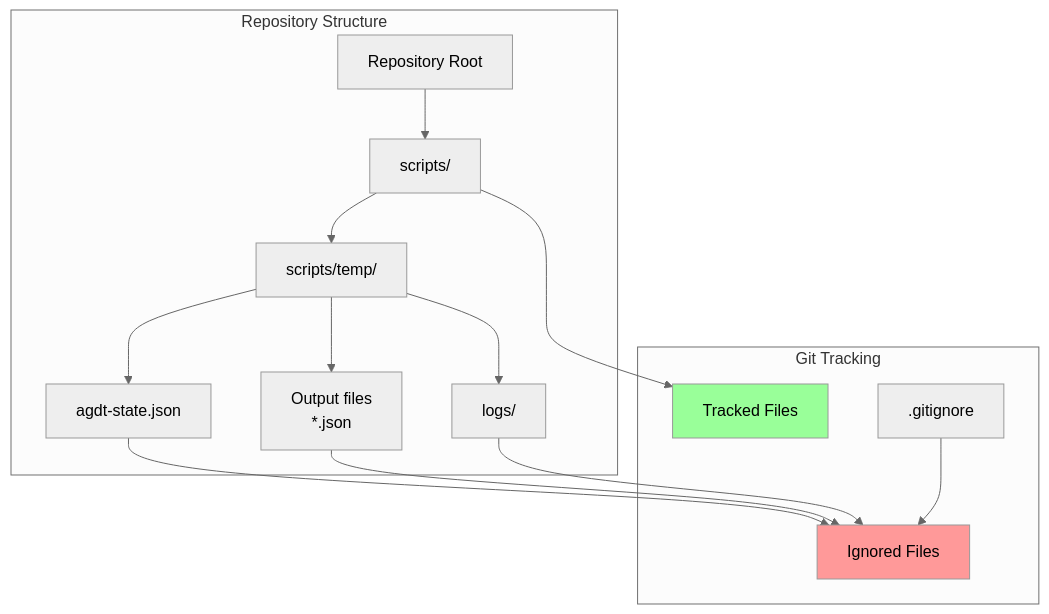
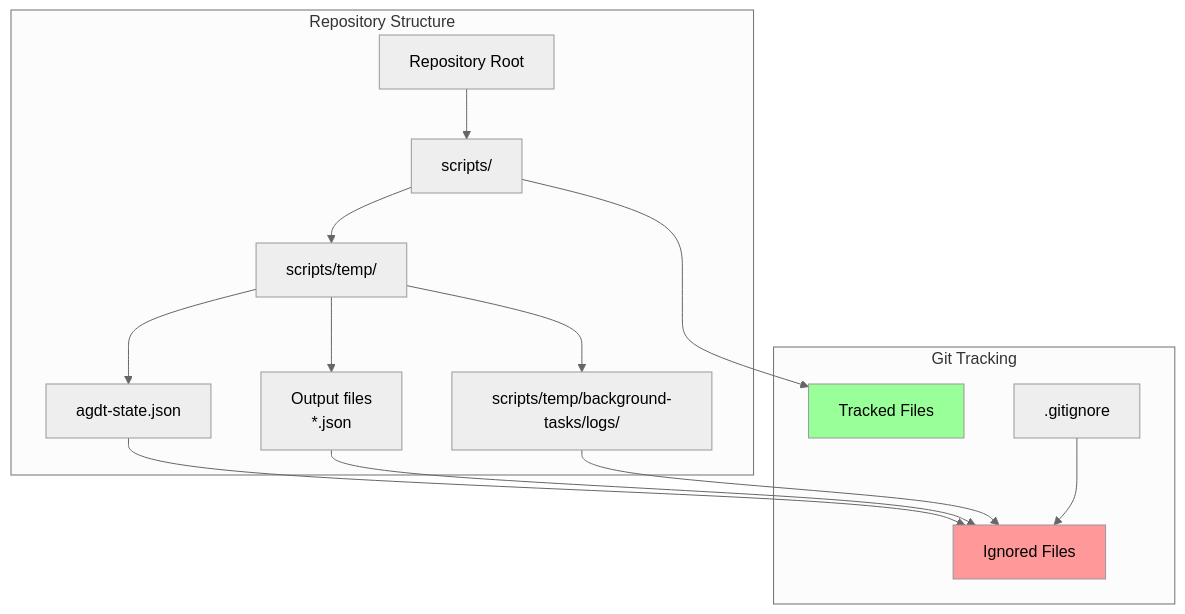
One commit to ayaiayorg/agentic-devtools changed the sixth of 10 diagrams in docs/07-deployment-view.md. Above: the diagram before and after it, drawn with Mermaid (neutral theme). The commit also changed other lines of this file and 5 other files, not shown here.

First line of the commit message:
docs: fix command names, task IDs, class diagrams, and remove AZURE_SUBSCRIPTION_ID

````diff
--- a/docs/07-deployment-view.md
+++ b/docs/07-deployment-view.md
@@ -204,33 +204,33 @@
 ```mermaid
 graph TB
     subgraph "Repository Structure"
         Root[Repository Root]
         Scripts[scripts/]
         Temp[scripts/temp/]
         State[agdt-state.json]
         Output[Output files<br/>*.json]
-        Logs[logs/]
+        Logs[scripts/temp/background-tasks/logs/]
     end
     
     subgraph "Git Tracking"
         Tracked[Tracked Files]
         Gitignore[.gitignore]
         Ignored[Ignored Files]
     end
     
     Root --> Scripts
     Scripts --> Temp
     Temp --> State
     Temp --> Output
     Temp --> Logs
     
     State --> Ignored
     Output --> Ignored
     Logs --> Ignored
     Gitignore --> Ignored
     
     Scripts --> Tracked
     
     style Ignored fill:#f99
     style Tracked fill:#9f9
 ```
````
